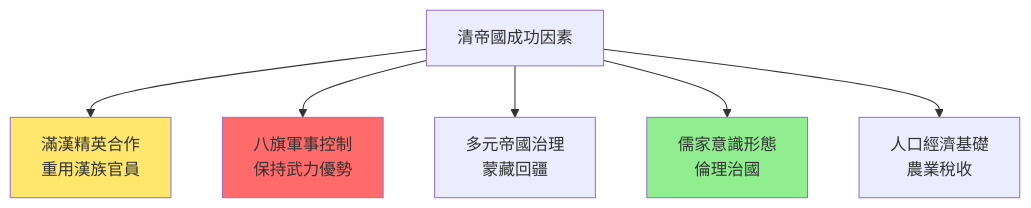
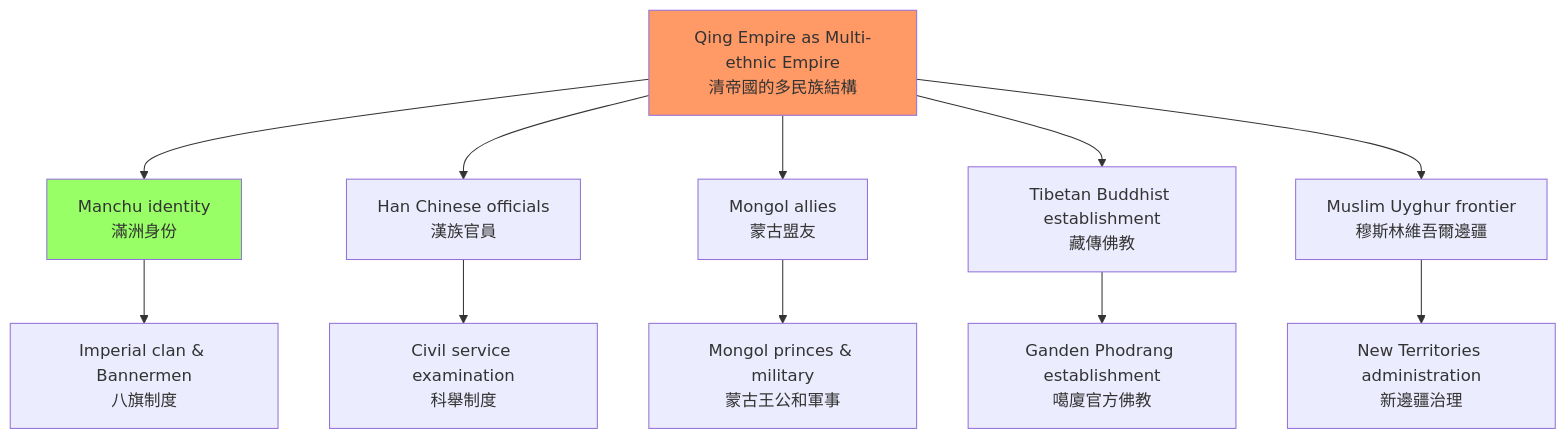
One commit to yip-lgtm/HKU-Harvard-History-Self-Study changed the first of 5 diagrams in 01_HKU_Courses/HIST2127_Qing_China_in_the_World.md. Above: the diagram before and after it, drawn with Mermaid. The commit also changed other lines of this file and 25 other files, not shown here.

````diff
--- a/01_HKU_Courses/HIST2127_Qing_China_in_the_World.md
+++ b/01_HKU_Courses/HIST2127_Qing_China_in_the_World.md
@@ -88,11 +73,17 @@
 ```mermaid
 graph TD
-    A["清帝國成功因素"] --> B["滿漢精英合作<br/>重用漢族官員"]
-    A --> C["八旗軍事控制<br/>保持武力優勢"]
-    A --> D["多元帝國治理<br/>蒙藏回疆"]
-    A --> E["儒家意識形態<br/>倫理治國"]
-    A --> F["人口經濟基礎<br/>農業稅收"]
-    style B fill:#FFE66D
-    style C fill:#FF6B6B
-    style E fill:#90EE90
+    A[Qing Empire as Multi-ethnic Empire<br/>清帝國的多民族結構] --> B[Manchu identity<br/>滿洲身份]
+    A --> C[Han Chinese officials<br/>漢族官員]
+    A --> D[Mongol allies<br/>蒙古盟友]
+    A --> E[Tibetan Buddhist establishment<br/>藏傳佛教]
+    A --> F[Muslim Uyghur frontier<br/>穆斯林維吾爾邊疆]
+    
+    B --> B1[Imperial clan & Bannermen<br/>八旗制度]
+    C --> C1[Civil service examination<br/>科舉制度]
+    D --> D1[Mongol princes & military<br/>蒙古王公和軍事]
+    E --> E1[Ganden Phodrang establishment<br/>噶廈官方佛教]
+    F --> F1[New Territories administration<br/>新邊疆治理]
+    
+    style A fill:#f96
+    style B fill:#9f6
 ```
````
